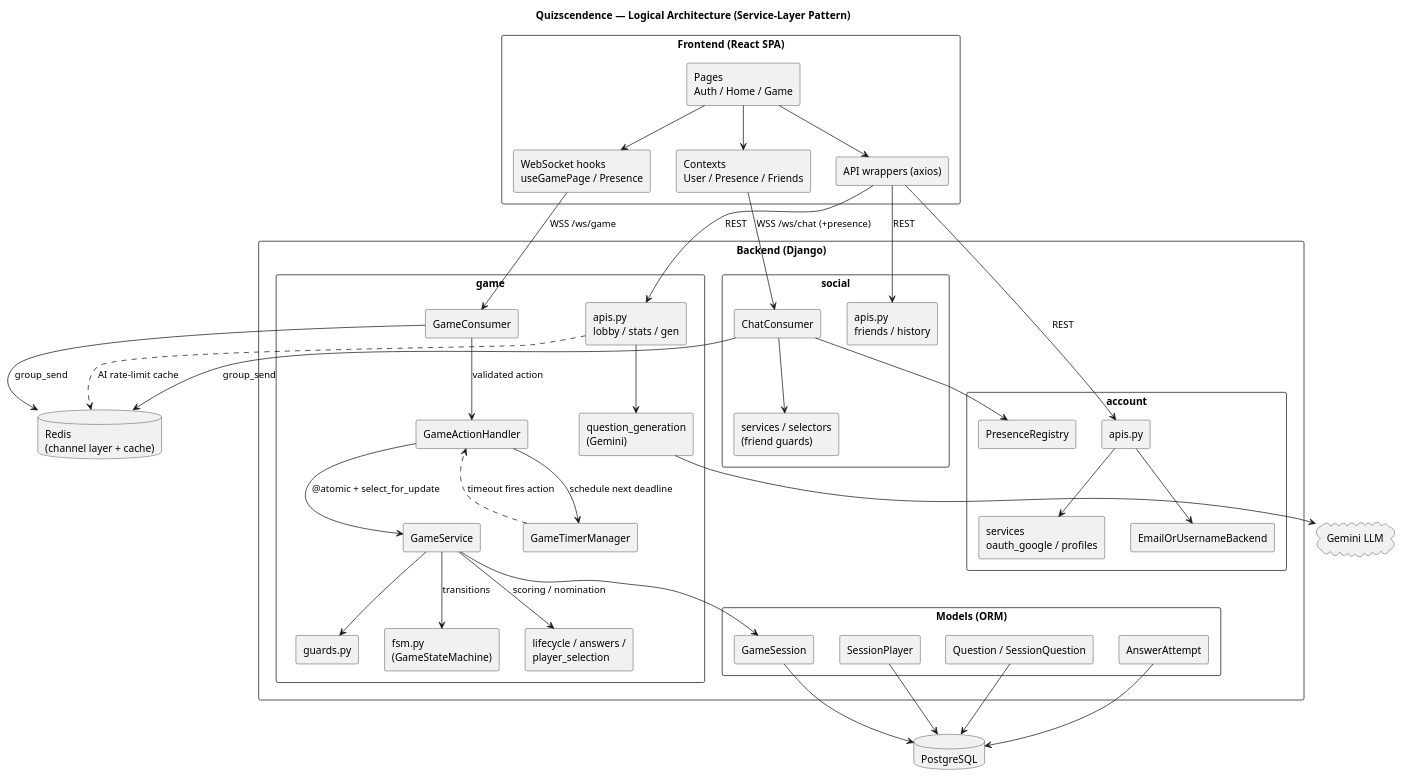
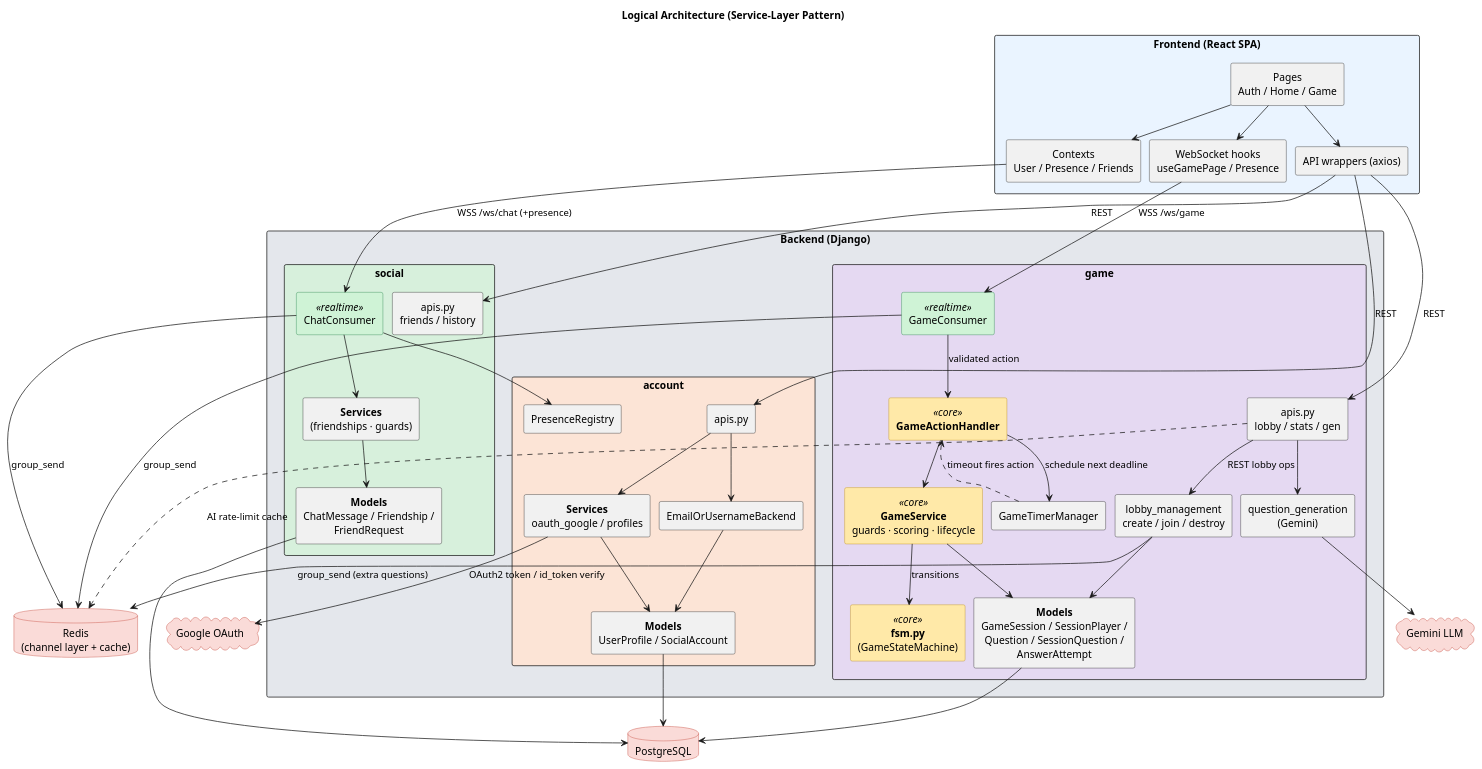
The diagram in docs/logical_view.puml (Jzackiewicz/42_ft_transcendence), drawn with PlantUML before and after one commit. The commit also changed 7 other files, not shown here.

Commit message:
Final Diagrams

```diff
--- a/docs/logical_view.puml
+++ b/docs/logical_view.puml
@@ -1,91 +1,113 @@
 @startuml Quizscendence_Logical
-title Quizscendence — Logical Architecture (Service-Layer Pattern)
+title Logical Architecture (Service-Layer Pattern)
 
 skinparam componentStyle rectangle
 skinparam shadowing false
 skinparam packageStyle rectangle
+skinparam nodesep 12
+skinparam ranksep 45
+skinparam defaultTextAlignment center
 
-package "Frontend (React SPA)" {
+' ---- Highlight styles (by role) ----
+skinparam component {
+  BackgroundColor<<core>> #FFE9A8
+  BorderColor<<core>> #B8860B
+  BackgroundColor<<realtime>> #CFF3D6
+  BorderColor<<realtime>> #1E7D43
+}
+skinparam database {
+  BackgroundColor #FADBD8
+  BorderColor #C0392B
+}
+skinparam cloud {
+  BackgroundColor #FADBD8
+  BorderColor #C0392B
+}
+
+package "Frontend (React SPA)" #EAF4FF {
   [Pages\nAuth / Home / Game] as pages
   [Contexts\nUser / Presence / Friends] as ctx
   [API wrappers (axios)] as axios
   [WebSocket hooks\nuseGamePage / Presence] as wshooks
 }
 
-package "Backend (Django)" {
+package "Backend (Django)" #E4E7EC {
 
-  package "account" {
+  package "account" #FCE4D6 {
     [apis.py] as acc_api
-    [services\noauth_google / profiles] as acc_svc
+    [<b>Services</b>\noauth_google / profiles] as acc_svc
     [EmailOrUsernameBackend] as acc_auth
     [PresenceRegistry] as presence
+    [<b>Models</b>\nUserProfile / SocialAccount] as acc_models
   }
 
-  package "social" {
+  package "social" #D7F0DC {
     [apis.py\nfriends / history] as soc_api
-    [ChatConsumer] as soc_ws
-    [services / selectors\n(friend guards)] as soc_svc
+    [ChatConsumer] as soc_ws <<realtime>>
+    [<b>Services</b>\n(friendships · guards)] as soc_svc
+    [<b>Models</b>\nChatMessage / Friendship /\nFriendRequest] as soc_models
   }
 
-  package "game" {
-    [GameConsumer] as g_ws
+  package "game" #E5D9F2 {
+    [GameConsumer] as g_ws <<realtime>>
     [apis.py\nlobby / stats / gen] as g_api
-    [GameActionHandler] as g_handler
-    [GameService] as g_service
-    [guards.py] as g_guards
-    [fsm.py\n(GameStateMachine)] as g_fsm
-    [lifecycle / answers /\nplayer_selection] as g_rules
+    [lobby_management\ncreate / join / destroy] as g_lobby
+    [<b>GameActionHandler</b>] as g_handler <<core>>
+    [<b>GameService</b>\nguards · scoring · lifecycle] as g_service <<core>>
+    [<b>fsm.py</b>\n(GameStateMachine)] as g_fsm <<core>>
     [GameTimerManager] as g_timer
     [question_generation\n(Gemini)] as g_ai
-  }
-
-  package "Models (ORM)" {
-    [GameSession] as m_session
-    [SessionPlayer] as m_player
-    [Question / SessionQuestion] as m_q
-    [AnswerAttempt] as m_attempt
+    [<b>Models</b>\nGameSession / SessionPlayer /\nQuestion / SessionQuestion /\nAnswerAttempt] as g_models
   }
 }
 
 database "PostgreSQL" as pg
 database "Redis\n(channel layer + cache)" as redis
 cloud "Gemini LLM" as gemini
+cloud "Google OAuth" as google
+
+' keep the frontend centered above the backend (invisible anchor)
+pages -[hidden]down-> g_api
 
 ' ---- Frontend wiring ----
 pages --> ctx
 pages --> axios
 pages --> wshooks
 axios --> acc_api : REST
 axios --> g_api : REST
 axios --> soc_api : REST
 wshooks --> g_ws : WSS /ws/game
 ctx --> soc_ws : WSS /ws/chat (+presence)
 
 ' ---- Game backend flow ----
 g_ws --> g_handler : validated action
+g_api --> g_lobby : REST lobby ops
 g_api --> g_ai
-g_handler --> g_service : @atomic + select_for_update
-g_service --> g_guards
+g_lobby --> g_models
+g_lobby --> redis : group_send (extra questions)
+g_handler --> g_service
 g_service --> g_fsm : transitions
-g_service --> g_rules : scoring / nomination
-g_service --> m_session
+g_service --> g_models
 g_handler --> g_timer : schedule next deadline
 g_timer ..> g_handler : timeout fires action
 
 ' ---- Account / social ----
 acc_api --> acc_svc
 acc_api --> acc_auth
+acc_svc --> google : OAuth2 token / id_token verify
+acc_svc --> acc_models
+acc_auth --> acc_models
 soc_ws --> presence
 soc_ws --> soc_svc
+soc_svc --> soc_models
 
 ' ---- Persistence & infra ----
-m_session --> pg
-m_player --> pg
-m_q --> pg
-m_attempt --> pg
+acc_models --> pg
+soc_models --> pg
+g_models --> pg
 g_ws --> redis : group_send
 soc_ws --> redis : group_send
 g_api ..> redis : AI rate-limit cache
 g_ai --> gemini
 
 @enduml
```
